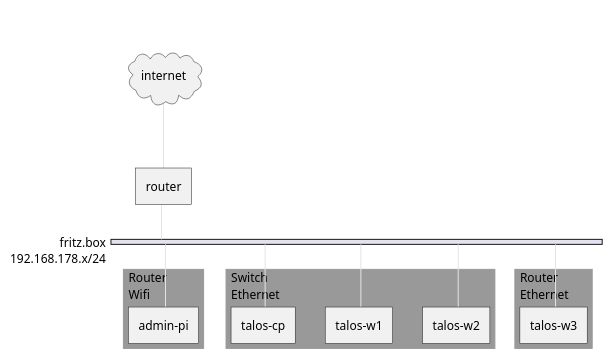
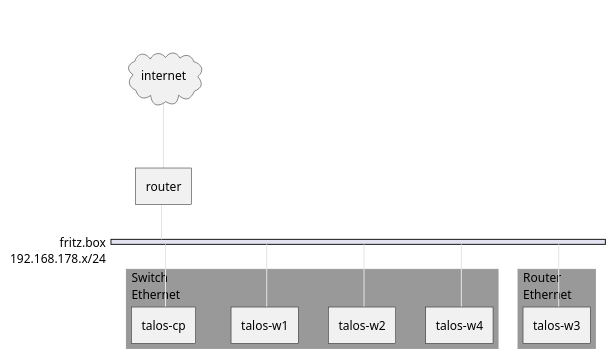
Before and after one commit to sommerfeld-io/configs-homelab: the second of 2 diagrams in docs/nodes/talos-cluster/index.md, drawn with PlantUML. The commit also changed other lines of this file and 56 other files, not shown here.

````diff
--- a/docs/nodes/talos-cluster/index.md
+++ b/docs/nodes/talos-cluster/index.md
@@ -157,47 +157,41 @@
 ```kroki-plantuml
 @startuml
 
 skinparam backgroundColor transparent
 skinparam arrowColor #E2E4E9
 
 
 nwdiag {
-  group router_wifi {
-    color = "#999";
-    description = "Router\nWifi";
-    adm;
-  }
-
   group switch_cable {
     color = "#999";
     description = "Switch\nEthernet";
     cp;
     w1;
     w2;
+    w4;
   }
 
   group router_cable {
     color = "#999";
     description = "Router\nEthernet";
     w3;
   }
 
   internet [shape = cloud];
   internet -- router;
 
   network fritz.box {
       address = "192.168.178.x/24"
 
       router;
 
-      adm [description = "admin-pi"];
-
       cp [description = "talos-cp"];
       w1 [description = "talos-w1"];
       w2 [description = "talos-w2"];
+      w4 [description = "talos-w4"];
 
       w3 [description = "talos-w3"];
   }
 }
 @enduml
 ```
````
